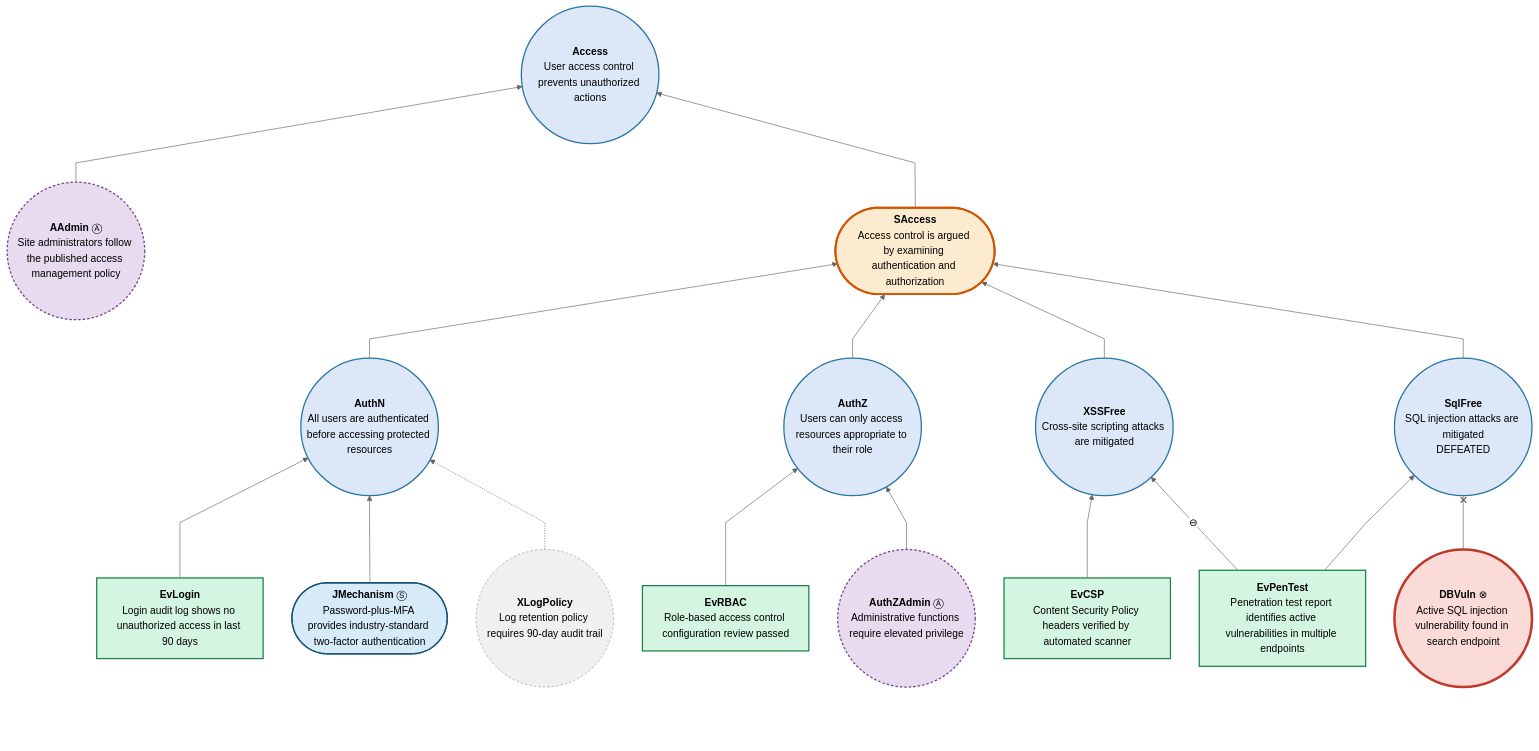
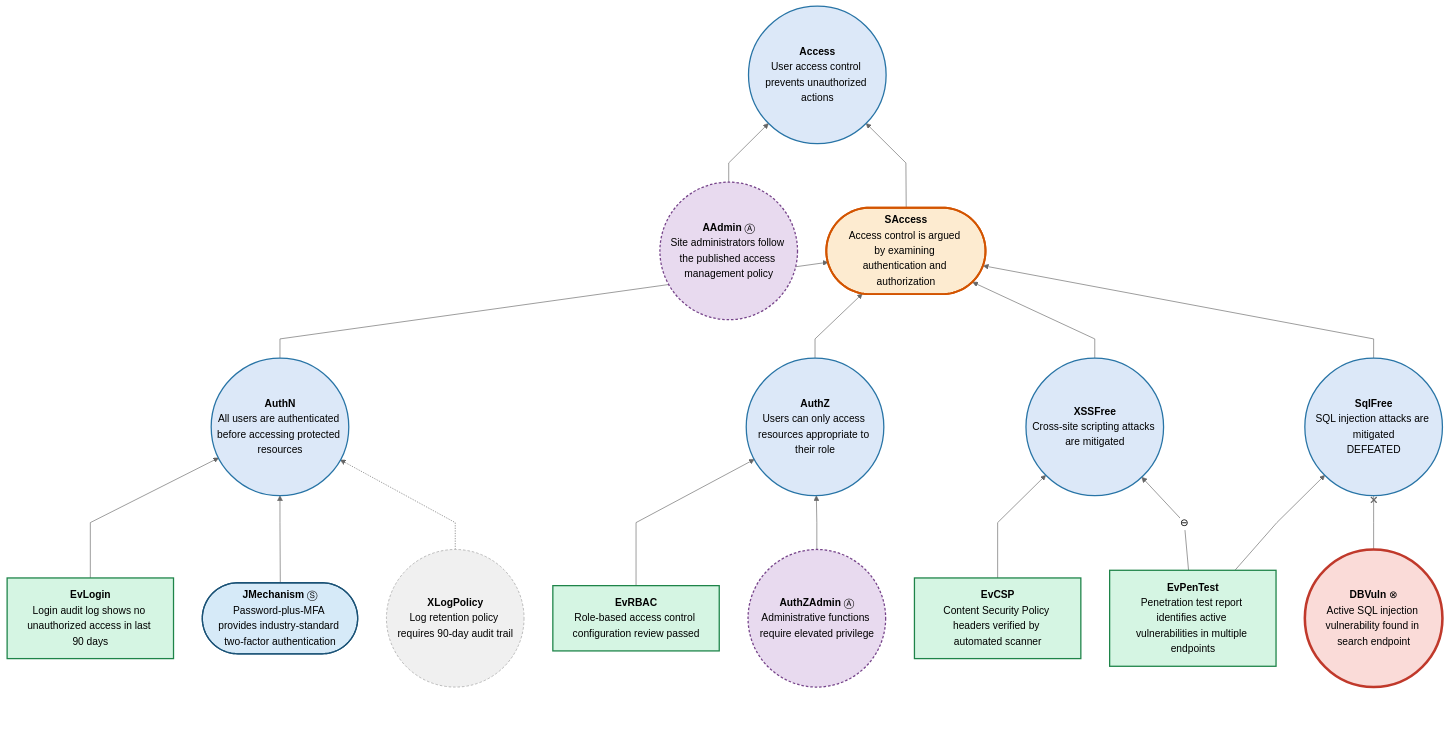
The eighth of 9 diagrams in tests/fixtures/demo-output.expected.md (david-a-wheeler/verocase), drawn with Mermaid before and after one commit. The commit also changed other lines of this file and 1 other file, not shown here.

First line of the commit message:
Fix two CAE rendering bugs: parse error and BottomPadding placement

````diff
--- a/tests/fixtures/demo-output.expected.md
+++ b/tests/fixtures/demo-output.expected.md
@@ -461,78 +458,77 @@
 ```mermaid
 ---
 config:
   theme: neutral
   flowchart:
     curve: linear
     htmlLabels: true
     rankSpacing: 60
     nodeSpacing: 45
     padding: 15
 ---
 flowchart BT
     classDef invisible        opacity:0
     classDef connector        fill:none,stroke:#cccccc,stroke-width:1px
     classDef caeClaimClass    fill:#dce8f8,stroke:#2874a6,stroke-width:2px,color:#000
     classDef caeArgClass      fill:#fdebd0,stroke:#d35400,stroke-width:3px,color:#000
     classDef caeEvidClass     fill:#d5f5e3,stroke:#1e8449,stroke-width:2px,color:#000
     classDef caeInfoClass     fill:#f0f0f0,stroke:#999999,stroke-width:1px,stroke-dasharray:4 3,color:#000
     classDef caeAssumedClass  fill:#e8daef,stroke:#76448a,stroke-width:2px,stroke-dasharray:4 3,color:#000
     classDef caeSideClass     fill:#d6eaf8,stroke:#1a5276,stroke-width:2px,color:#000
     classDef caeDefeaterClass fill:#fadbd8,stroke:#c0392b,stroke-width:4px,color:#000
     classDef abstractClaim    stroke-width:2px,stroke-dasharray:5 5
     Access(("<b>Access</b><br>User access control prevents unauthorized actions")):::caeClaimClass
     AAdmin(("<b>AAdmin</b>&nbsp;Ⓐ<br>Site administrators follow the published access management policy")):::caeAssumedClass
     SAccess(["<b>SAccess</b><br>Access control is argued by examining authentication and authorization"]):::caeArgClass
     AuthN(("<b>AuthN</b><br>All users are authenticated before accessing protected resources")):::caeClaimClass
     AuthZ(("<b>AuthZ</b><br>Users can only access resources appropriate to their role")):::caeClaimClass
     XSSFree(("<b>XSSFree</b><br>Cross-site scripting attacks are mitigated")):::caeClaimClass
     SqlFree(("<b>SqlFree</b><br>SQL injection attacks are mitigated<br>DEFEATED")):::caeClaimClass
     EvLogin["<b>EvLogin</b><br>Login audit log shows no unauthorized access in last 90 days"]:::caeEvidClass
     JMechanism(["<b>JMechanism</b>&nbsp;Ⓢ<br>Password-plus-MFA provides industry-standard two-factor authentication"]):::caeSideClass
     XLogPolicy(("<b>XLogPolicy</b><br>Log retention policy requires 90-day audit trail")):::caeInfoClass
     EvRBAC["<b>EvRBAC</b><br>Role-based access control configuration review passed"]:::caeEvidClass
     AuthZAdmin(("<b>AuthZAdmin</b>&nbsp;Ⓐ<br>Administrative functions require elevated privilege")):::caeAssumedClass
     EvCSP["<b>EvCSP</b><br>Content Security Policy headers verified by automated scanner"]:::caeEvidClass
     EvPenTest["<b>EvPenTest</b><br>Penetration test report identifies active vulnerabilities in multiple endpoints"]:::caeEvidClass
     DBVuln(("<b>DBVuln</b>&nbsp;⊗<br>Active SQL injection vulnerability found in search endpoint")):::caeDefeaterClass
     click Access "https://github.com/david-a-wheeler/verocase/blob/main/tests/fixtures/demo-output.expected.md#claim-access"
     click AAdmin "https://github.com/david-a-wheeler/verocase/blob/main/tests/fixtures/demo-output.expected.md#assumption-aadmin"
     click SAccess "https://github.com/david-a-wheeler/verocase/blob/main/tests/fixtures/demo-output.expected.md#strategy-saccess"
     click AuthN "https://github.com/david-a-wheeler/verocase/blob/main/tests/fixtures/demo-output.expected.md#claim-authn"
     click AuthZ "https://github.com/david-a-wheeler/verocase/blob/main/tests/fixtures/demo-output.expected.md#claim-authz"
     click XSSFree "https://github.com/david-a-wheeler/verocase/blob/main/tests/fixtures/demo-output.expected.md#claim-xssfree"
     click SqlFree "https://github.com/david-a-wheeler/verocase/blob/main/tests/fixtures/demo-output.expected.md#claim-sqlfree"
     click EvLogin "https://github.com/david-a-wheeler/verocase/blob/main/tests/fixtures/demo-output.expected.md#evidence-evlogin"
     click JMechanism "https://github.com/david-a-wheeler/verocase/blob/main/tests/fixtures/demo-output.expected.md#justification-jmechanism"
     click XLogPolicy "https://github.com/david-a-wheeler/verocase/blob/main/tests/fixtures/demo-output.expected.md#context-xlogpolicy"
     click EvRBAC "https://github.com/david-a-wheeler/verocase/blob/main/tests/fixtures/demo-output.expected.md#evidence-evrbac"
     click AuthZAdmin "https://github.com/david-a-wheeler/verocase/blob/main/tests/fixtures/demo-output.expected.md#claim-authzadmin"
     click EvCSP "https://github.com/david-a-wheeler/verocase/blob/main/tests/fixtures/demo-output.expected.md#evidence-evcsp"
     click EvPenTest "https://github.com/david-a-wheeler/verocase/blob/main/tests/fixtures/demo-output.expected.md#evidence-evpentest"
     click DBVuln "https://github.com/david-a-wheeler/verocase/blob/main/tests/fixtures/demo-output.expected.md#claim-dbvuln"
 
-    BottomPadding[ ]:::invisible ~~~ AAdmin
-    BottomPadding ~~~ EvLogin
+    BottomPadding[ ]:::invisible ~~~ EvLogin
     BottomPadding ~~~ JMechanism
     BottomPadding ~~~ XLogPolicy
     BottomPadding ~~~ EvRBAC
     BottomPadding ~~~ AuthZAdmin
     BottomPadding ~~~ EvCSP
     BottomPadding ~~~ EvPenTest
     BottomPadding ~~~ DBVuln
     AAdmin --> Access
     EvLogin --> AuthN
     JMechanism --> AuthN
     XLogPolicy -.-> AuthN
     AuthN --> SAccess
     EvRBAC --> AuthZ
     AuthZAdmin --> AuthZ
     AuthZ --> SAccess
     EvCSP --> XSSFree
     EvPenTest -->|⊖| XSSFree
     XSSFree --> SAccess
     EvPenTest --> SqlFree
     DBVuln --x SqlFree
     SqlFree --> SAccess
     SAccess --> Access
 ```
````
